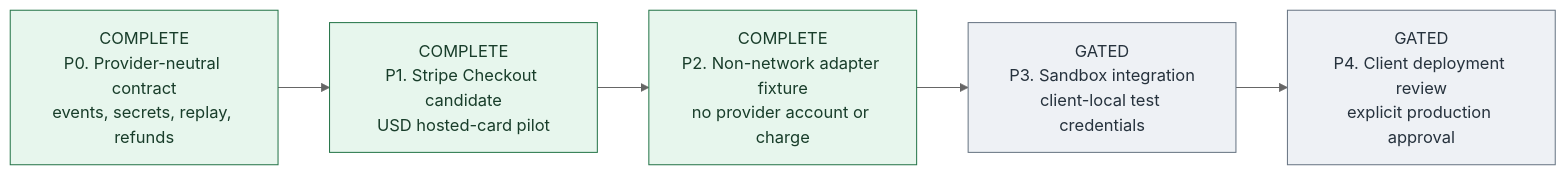
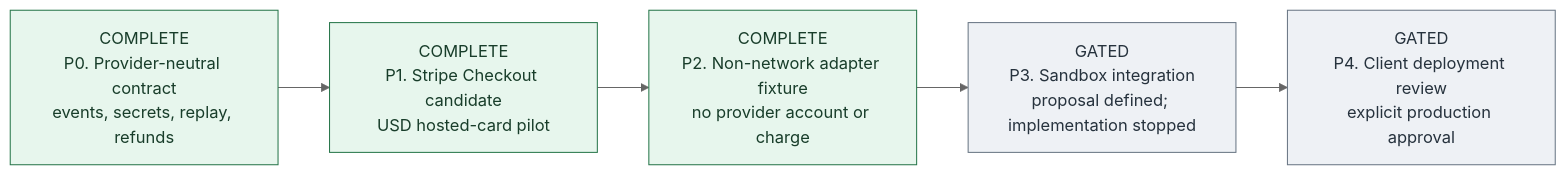
The third of 3 diagrams in docs/ADD-ON-PLATFORM-STATUS.md (orojas01-glitch/redcms), drawn with Mermaid (neutral theme) before and after one commit. The commit also changed other lines of this file and 5 other files, not shown here.

Commit message:
Plan Store Lite Stripe sandbox integration (#127)

````diff
--- a/docs/ADD-ON-PLATFORM-STATUS.md
+++ b/docs/ADD-ON-PLATFORM-STATUS.md
@@ -94,15 +94,15 @@
 ```mermaid
 flowchart LR
     P0["COMPLETE<br/>P0. Provider-neutral contract<br/>events, secrets, replay, refunds"]
     P1["COMPLETE<br/>P1. Stripe Checkout candidate<br/>USD hosted-card pilot"]
     P2["COMPLETE<br/>P2. Non-network adapter fixture<br/>no provider account or charge"]
-    P3["GATED<br/>P3. Sandbox integration<br/>client-local test credentials"]
+    P3["GATED<br/>P3. Sandbox integration<br/>proposal defined; implementation stopped"]
     P4["GATED<br/>P4. Client deployment review<br/>explicit production approval"]
 
     P0 --> P1 --> P2 --> P3 --> P4
 
     classDef complete fill:#e7f6ed,stroke:#27764a,color:#183d2a;
     classDef gated fill:#eef1f5,stroke:#697684,color:#26323d;
     class P0,P1,P2 complete;
     class P3,P4 gated;
 ```
````
